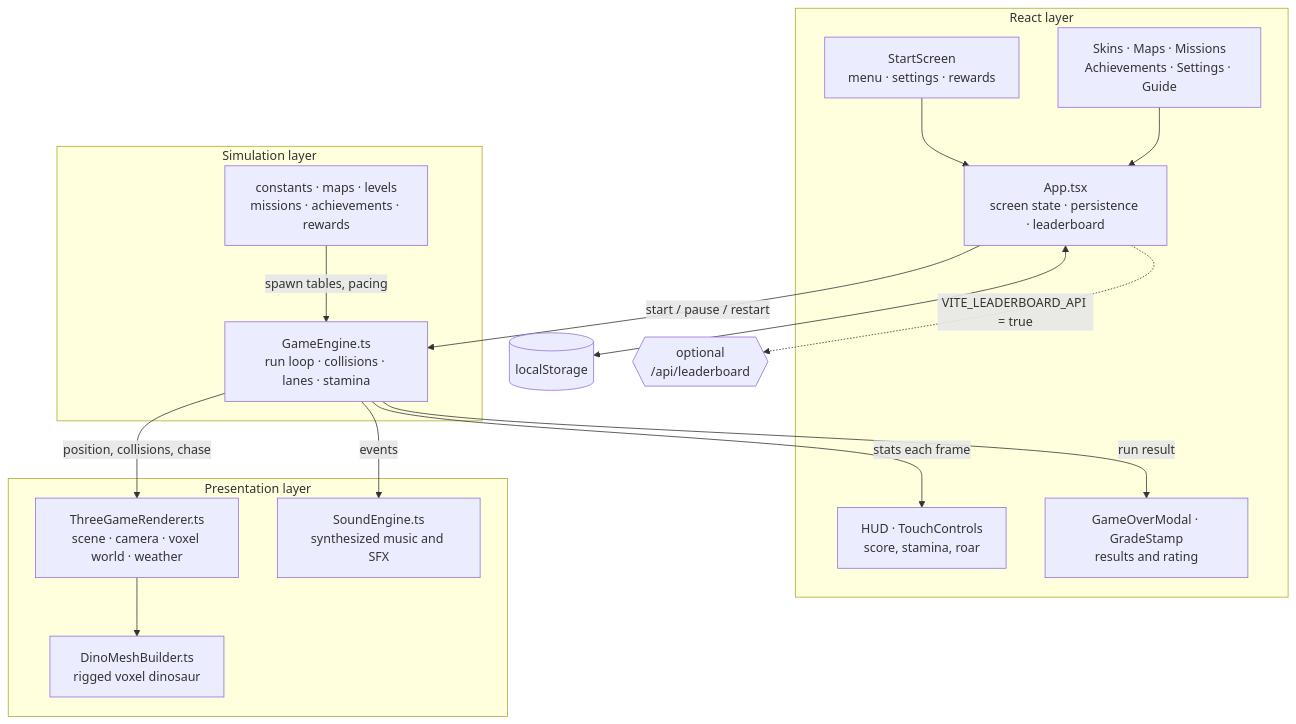
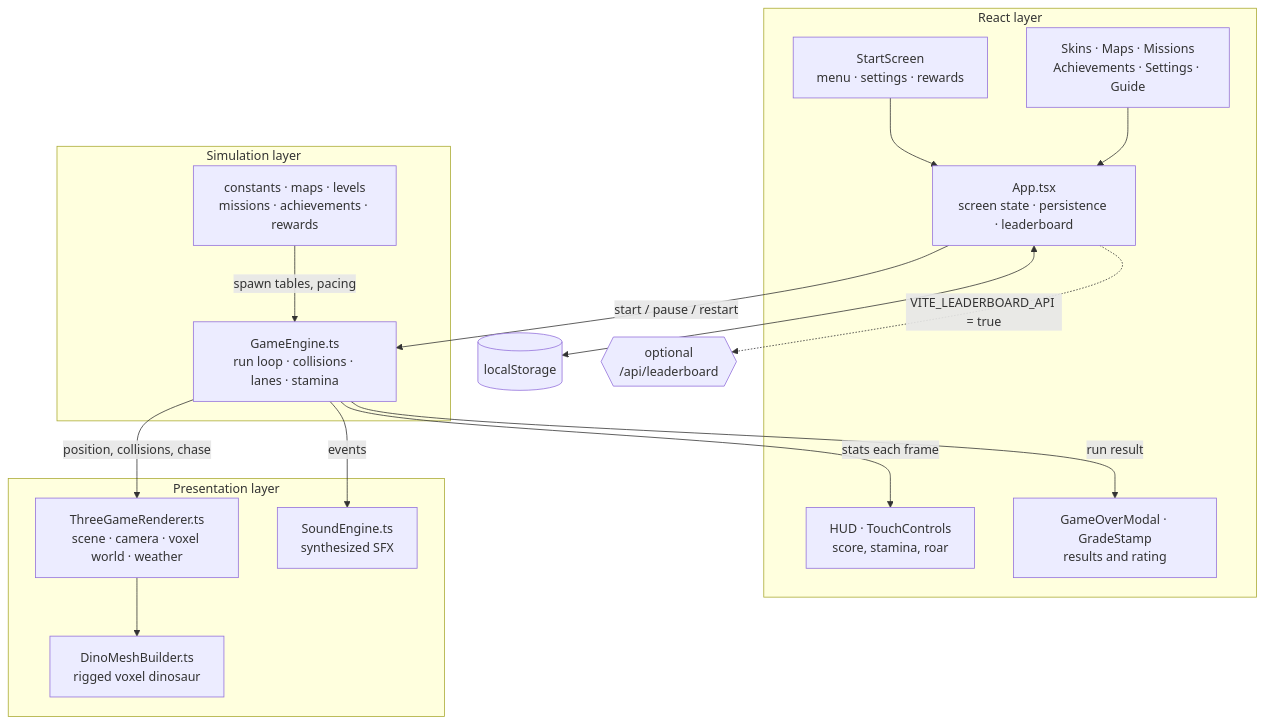
One commit to thesithunyein/swiposaur changed the second of 2 diagrams in README.md. Above: the diagram before and after it, drawn with Mermaid. The commit also changed other lines of this file and 3 other files, not shown here.

````diff
--- a/README.md
+++ b/README.md
@@ -114,36 +117,36 @@
 ```mermaid
 flowchart TD
     subgraph UI["React layer"]
         APP["App.tsx<br/>screen state · persistence · leaderboard"]
         MENU["StartScreen<br/>menu · settings · rewards"]
         HUD["HUD · TouchControls<br/>score, stamina, roar"]
         OVER["GameOverModal · GradeStamp<br/>results and rating"]
         MODALS["Skins · Maps · Missions<br/>Achievements · Settings · Guide"]
     end
 
     subgraph SIM["Simulation layer"]
         ENGINE["GameEngine.ts<br/>run loop · collisions · lanes · stamina"]
         RULES["constants · maps · levels<br/>missions · achievements · rewards"]
     end
 
     subgraph VIS["Presentation layer"]
         RENDER["ThreeGameRenderer.ts<br/>scene · camera · voxel world · weather"]
         DINO["DinoMeshBuilder.ts<br/>rigged voxel dinosaur"]
-        SOUND["SoundEngine.ts<br/>synthesized music and SFX"]
+        SOUND["SoundEngine.ts<br/>synthesized SFX"]
     end
 
     STORE[("localStorage")]
     API{{"optional<br/>/api/leaderboard"}}
 
     MENU --> APP
     MODALS --> APP
     APP -- "start / pause / restart" --> ENGINE
     ENGINE -- "stats each frame" --> HUD
     ENGINE -- "position, collisions, chase" --> RENDER
     ENGINE -- "events" --> SOUND
     RULES -- "spawn tables, pacing" --> ENGINE
     RENDER --> DINO
     ENGINE -- "run result" --> OVER
     APP <--> STORE
     APP -. "VITE_LEADERBOARD_API = true" .-> API
 ```
````
